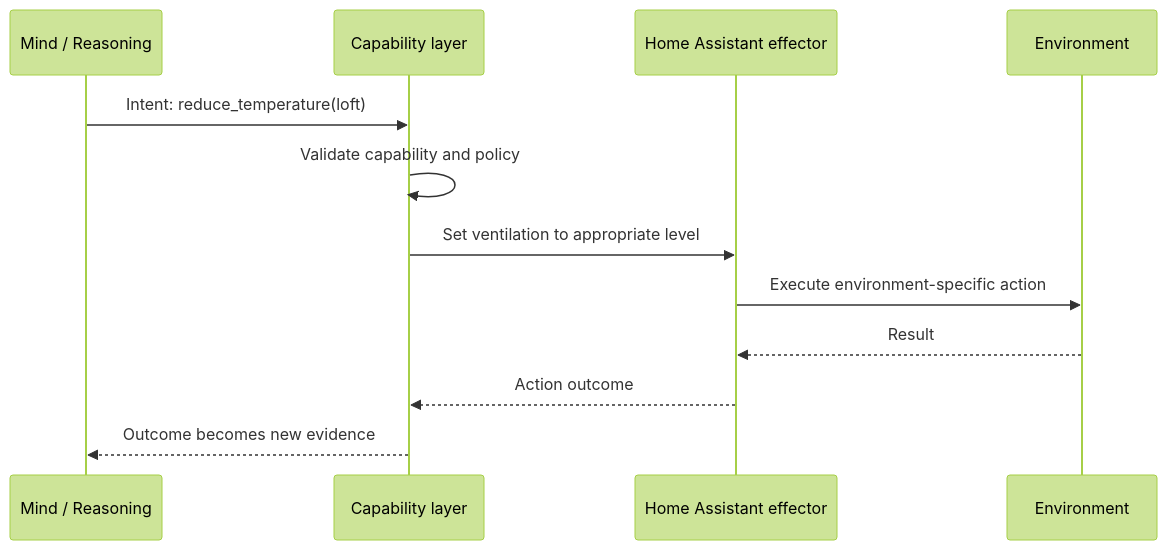
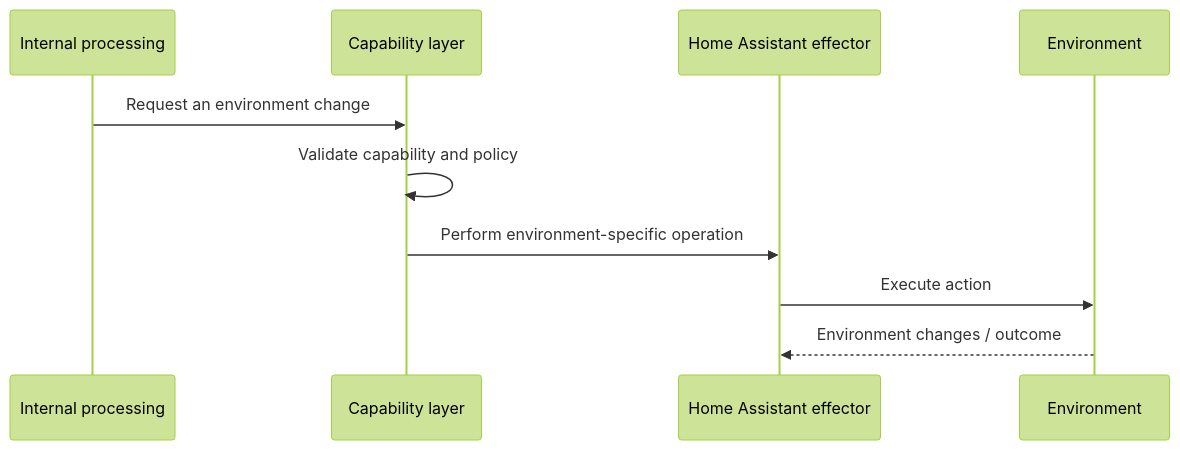
One commit to skasti/skyn-vaettr changed diagram 11 of 13 in docs/architecture.md. Above: the diagram before and after it, drawn with Mermaid (forest theme). The commit also changed other lines of this file, not shown here.

Commit message:
docs: keep intent out of prescribed action path

````diff
--- a/docs/architecture.md
+++ b/docs/architecture.md
@@ -490,15 +494,13 @@
 ```mermaid
 sequenceDiagram
-    participant M as Mind / Reasoning
+    participant P as Internal processing
     participant C as Capability layer
     participant E as Home Assistant effector
     participant W as Environment
 
-    M->>C: Intent: reduce_temperature(loft)
+    P->>C: Request an environment change
     C->>C: Validate capability and policy
-    C->>E: Set ventilation to appropriate level
-    E->>W: Execute environment-specific action
-    W-->>E: Result
-    E-->>C: Action outcome
-    C-->>M: Outcome becomes new evidence
+    C->>E: Perform environment-specific operation
+    E->>W: Execute action
+    W-->>E: Environment changes / outcome
 ```
````
